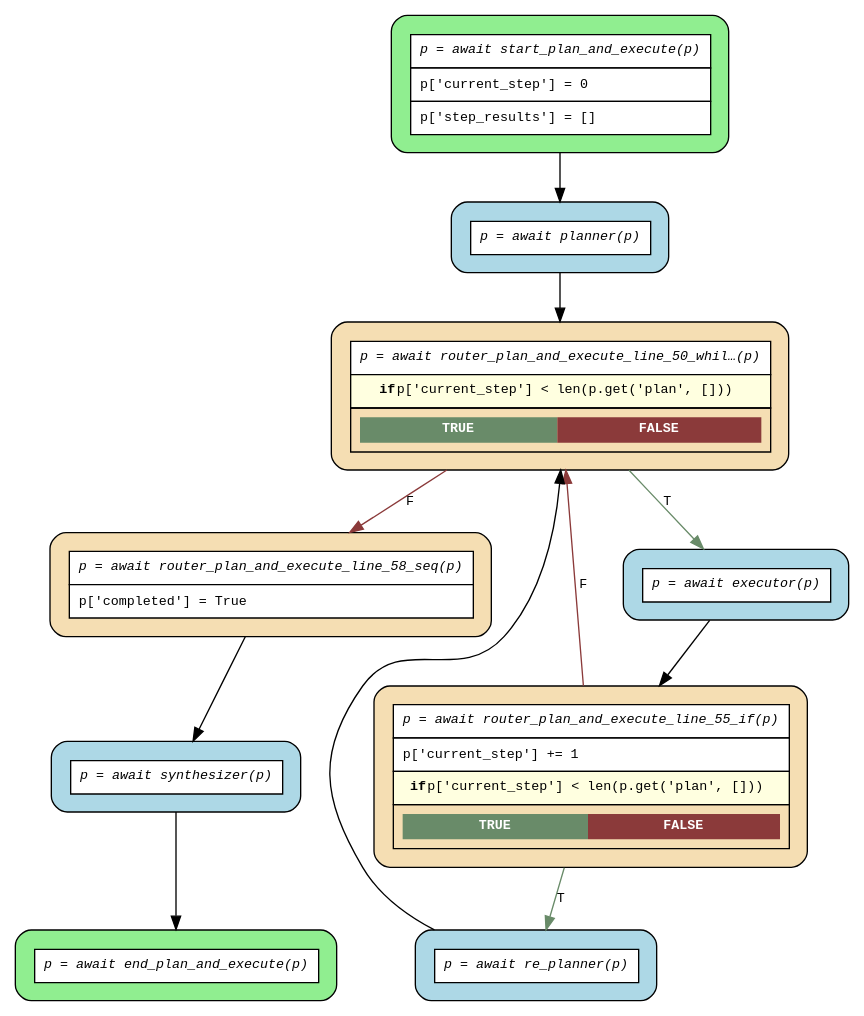
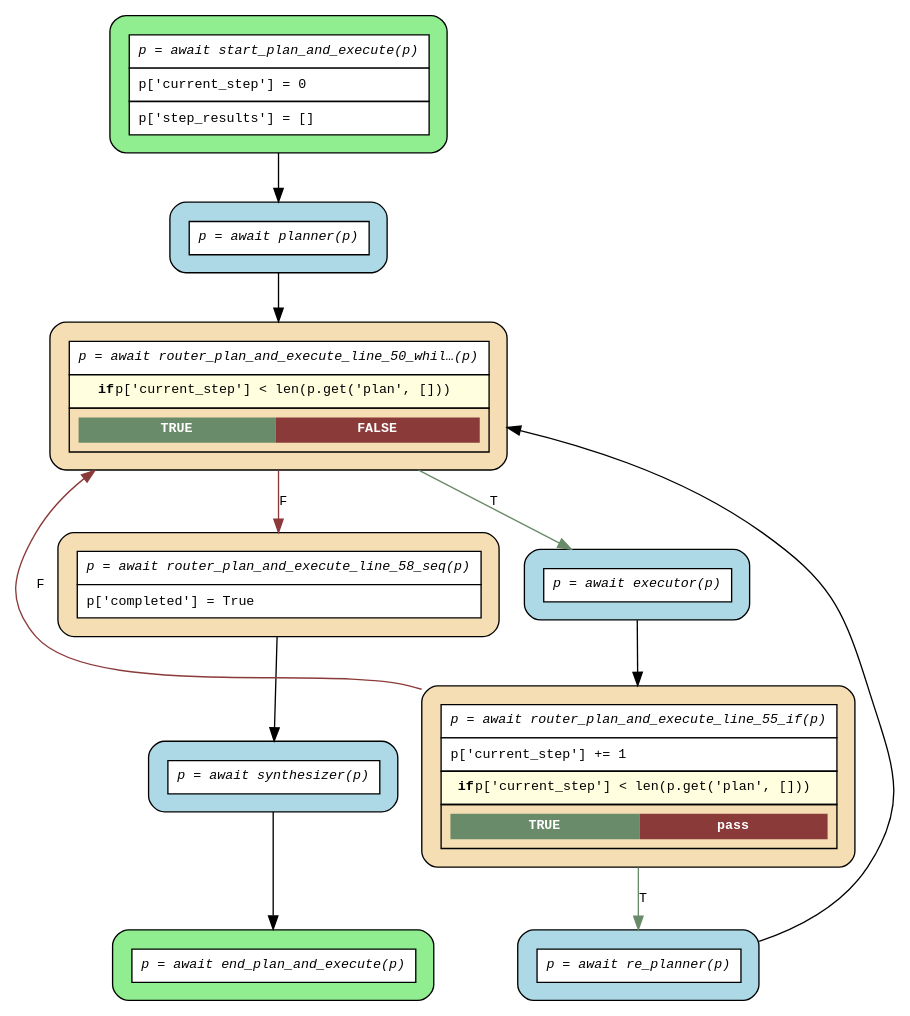
One commit to deliveryhero/asya changed the diagram in examples/flows/agentic/compiled/plan_and_execute/flow.dot. Above: the diagram before and after it, drawn with Graphviz. The commit also changed 6 other files, not shown here.

```diff
--- a/examples/flows/agentic/compiled/plan_and_execute/flow.dot
+++ b/examples/flows/agentic/compiled/plan_and_execute/flow.dot
@@ -1,27 +1,27 @@
 digraph flow {
   rankdir=TB;
   graph [fontname="Courier", fontsize=10];
   node [fontname="Courier", fontsize=10, shape=box, style="filled,rounded", margin="0.2"];
   edge [fontname="Courier", fontsize=10];
 
   start_plan_and_execute [fillcolor="lightgreen", group="main", label=<<table border="0" cellspacing="0" cellpadding="6" cellborder="1"><tr><td bgcolor="white" align="center"><i>p = await start_plan_and_execute(p)</i></td></tr><tr><td bgcolor="white" align="left">p['current_step'] = 0</td></tr><tr><td bgcolor="white" align="left">p['step_results'] = []</td></tr></table>>];
   router_plan_and_execute_line_58_seq [fillcolor="wheat", group="main", label=<<table border="0" cellspacing="0" cellpadding="6" cellborder="1"><tr><td bgcolor="white" align="center"><i>p = await router_plan_and_execute_line_58_seq(p)</i></td></tr><tr><td bgcolor="white" align="left">p['completed'] = True</td></tr></table>>];
-  router_plan_and_execute_line_55_if [fillcolor="wheat", group="main", label=<<table border="0" cellspacing="0" cellpadding="6" cellborder="1"><tr><td bgcolor="white" align="center"><i>p = await router_plan_and_execute_line_55_if(p)</i></td></tr><tr><td bgcolor="white" align="left">p['current_step'] += 1</td></tr><tr><td bgcolor="lightyellow"><b>if</b> p['current_step'] &lt; len(p.get('plan', []))</td></tr><tr><td><table border="0" cellspacing="0" cellpadding="4"><tr><td bgcolor="darkseagreen4"><font color="white"><b>TRUE</b></font></td><td bgcolor="indianred4"><font color="white"><b>FALSE</b></font></td></tr></table></td></tr></table>>];
+  router_plan_and_execute_line_55_if [fillcolor="wheat", group="main", label=<<table border="0" cellspacing="0" cellpadding="6" cellborder="1"><tr><td bgcolor="white" align="center"><i>p = await router_plan_and_execute_line_55_if(p)</i></td></tr><tr><td bgcolor="white" align="left">p['current_step'] += 1</td></tr><tr><td bgcolor="lightyellow"><b>if</b> p['current_step'] &lt; len(p.get('plan', []))</td></tr><tr><td><table border="0" cellspacing="0" cellpadding="4"><tr><td bgcolor="darkseagreen4"><font color="white"><b>TRUE</b></font></td><td bgcolor="indianred4"><font color="white"><b>pass</b></font></td></tr></table></td></tr></table>>];
   router_plan_and_execute_line_50_while_0 [fillcolor="wheat", group="main", label=<<table border="0" cellspacing="0" cellpadding="6" cellborder="1"><tr><td bgcolor="white" align="center"><i>p = await router_plan_and_execute_line_50_whil…(p)</i></td></tr><tr><td bgcolor="lightyellow"><b>if</b> p['current_step'] &lt; len(p.get('plan', []))</td></tr><tr><td><table border="0" cellspacing="0" cellpadding="4"><tr><td bgcolor="darkseagreen4"><font color="white"><b>TRUE</b></font></td><td bgcolor="indianred4"><font color="white"><b>FALSE</b></font></td></tr></table></td></tr></table>>];
   end_plan_and_execute [fillcolor="lightgreen", group="main", label=<<table border="0" cellspacing="0" cellpadding="6" cellborder="1"><tr><td bgcolor="white" align="center"><i>p = await end_plan_and_execute(p)</i></td></tr></table>>];
   executor [fillcolor="lightblue", label=<<table border="0" cellspacing="0" cellpadding="6" cellborder="1"><tr><td bgcolor="white" align="center"><i>p = await executor(p)</i></td></tr></table>>];
   planner [fillcolor="lightblue", label=<<table border="0" cellspacing="0" cellpadding="6" cellborder="1"><tr><td bgcolor="white" align="center"><i>p = await planner(p)</i></td></tr></table>>];
   re_planner [fillcolor="lightblue", label=<<table border="0" cellspacing="0" cellpadding="6" cellborder="1"><tr><td bgcolor="white" align="center"><i>p = await re_planner(p)</i></td></tr></table>>];
   synthesizer [fillcolor="lightblue", label=<<table border="0" cellspacing="0" cellpadding="6" cellborder="1"><tr><td bgcolor="white" align="center"><i>p = await synthesizer(p)</i></td></tr></table>>];
 
   executor -> router_plan_and_execute_line_55_if;
   planner -> router_plan_and_execute_line_50_while_0;
-  re_planner -> router_plan_and_execute_line_50_while_0;
+  re_planner -> router_plan_and_execute_line_50_while_0 [constraint=false];
   router_plan_and_execute_line_50_while_0 -> executor [label="T", color=darkseagreen4];
   router_plan_and_execute_line_50_while_0 -> router_plan_and_execute_line_58_seq [label="F", color=indianred4];
   router_plan_and_execute_line_55_if -> re_planner [label="T", color=darkseagreen4];
-  router_plan_and_execute_line_55_if -> router_plan_and_execute_line_50_while_0 [label="F", color=indianred4];
+  router_plan_and_execute_line_55_if -> router_plan_and_execute_line_50_while_0 [label="F", color=indianred4, constraint=false];
   router_plan_and_execute_line_58_seq -> synthesizer;
   start_plan_and_execute -> planner;
   synthesizer -> end_plan_and_execute;
 }
```
